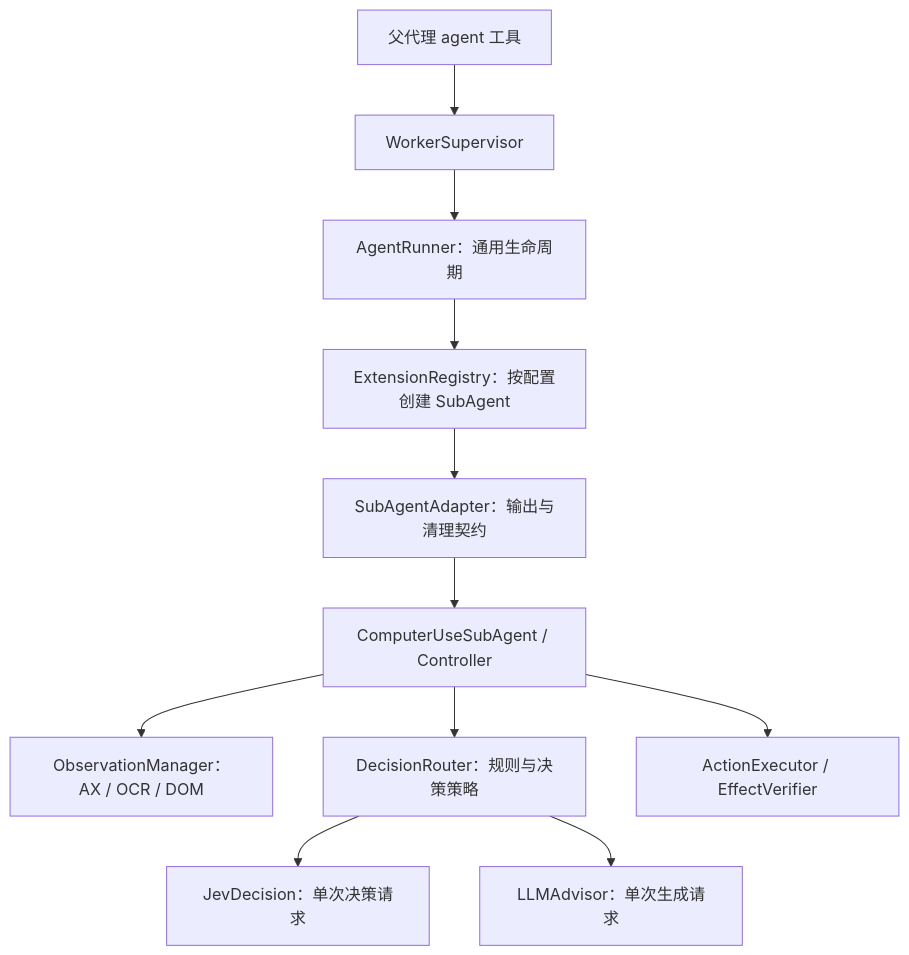
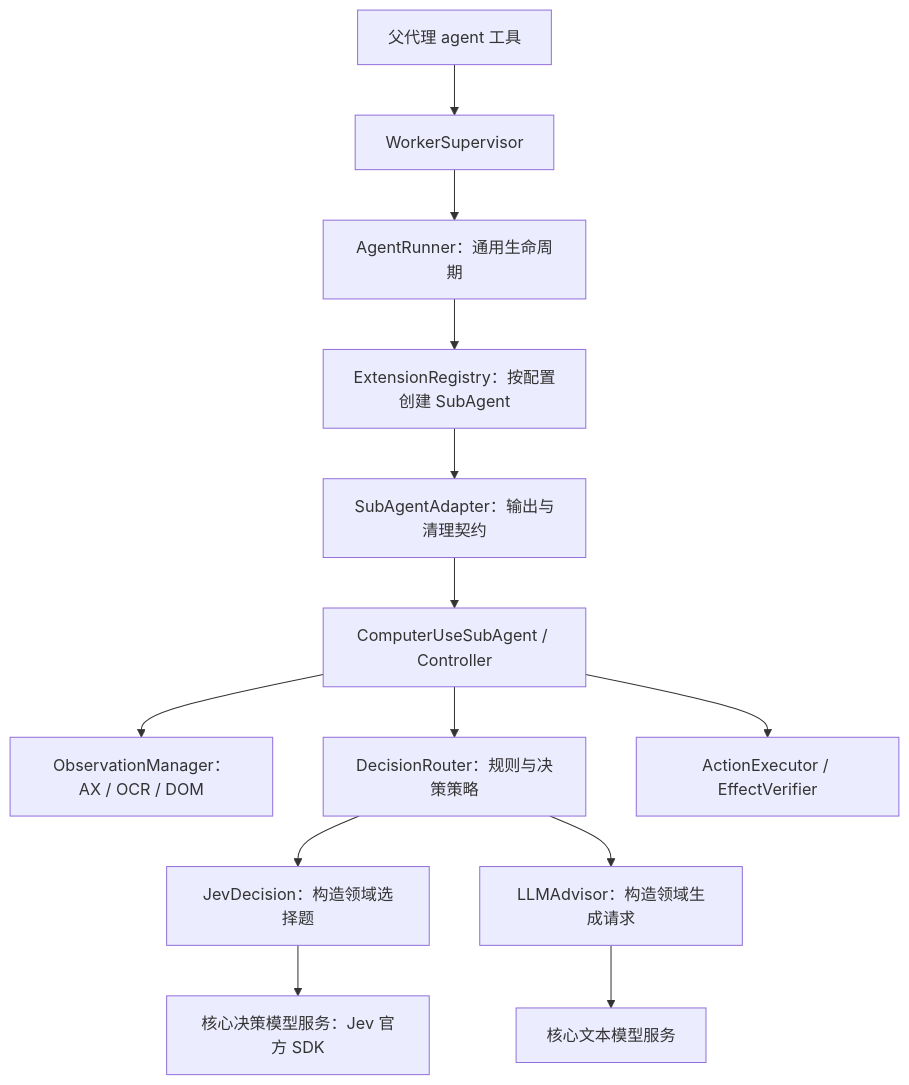
Before and after one commit to zbcjackson/tank: the third of 5 diagrams in docs/plans/active/computer-use-strategy-ladder.md, drawn with Mermaid. The commit also changed other lines of this file and 2 other files, not shown here.

Commit message:
:memo: Plan core Jev SDK ownership

````diff
--- a/docs/plans/active/computer-use-strategy-ladder.md
+++ b/docs/plans/active/computer-use-strategy-ladder.md
@@ -171,13 +172,15 @@
 ```mermaid
 flowchart TD
     P[父代理 agent 工具] --> S[WorkerSupervisor]
     S --> R[AgentRunner：通用生命周期]
     R --> F[ExtensionRegistry：按配置创建 SubAgent]
     F --> A[SubAgentAdapter：输出与清理契约]
     A --> C[ComputerUseSubAgent / Controller]
     C --> O[ObservationManager：AX / OCR / DOM]
     C --> D[DecisionRouter：规则与决策策略]
-    D --> J[JevDecision：单次决策请求]
-    D --> L[LLMAdvisor：单次生成请求]
+    D --> J[JevDecision：构造领域选择题]
+    D --> L[LLMAdvisor：构造领域生成请求]
+    J --> K[核心决策模型服务：Jev 官方 SDK]
+    L --> M[核心文本模型服务]
     C --> E[ActionExecutor / EffectVerifier]
 ```
````
